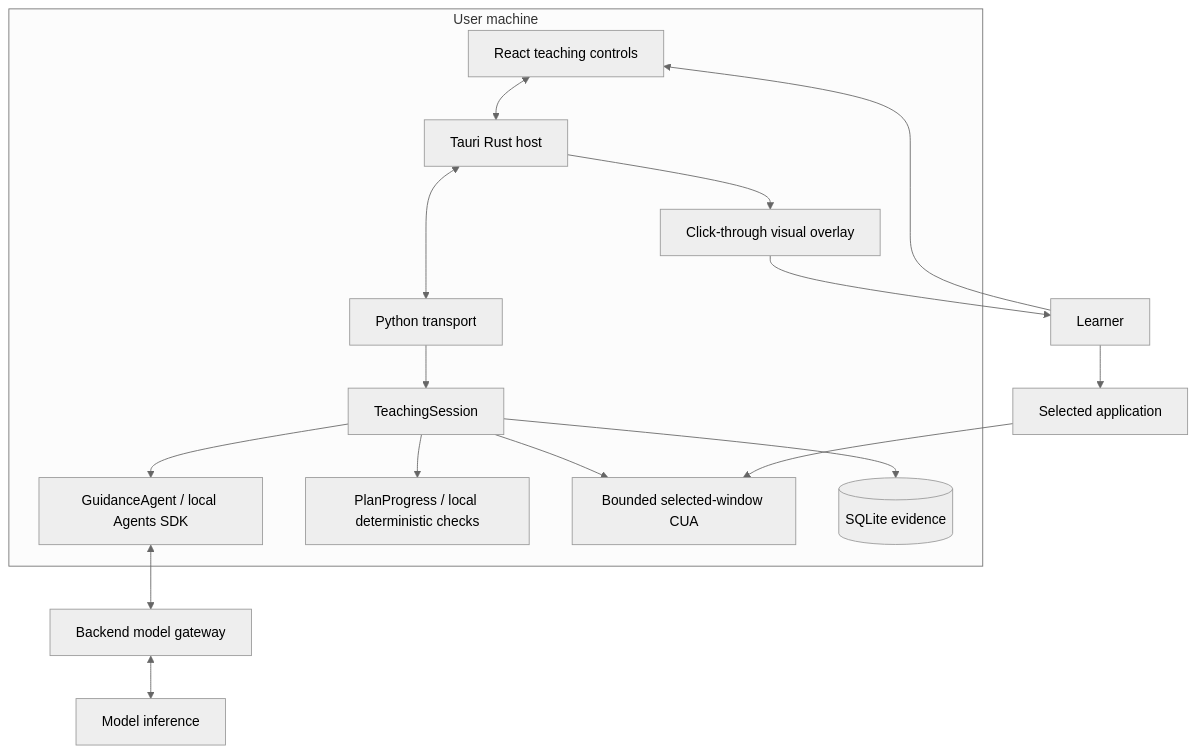
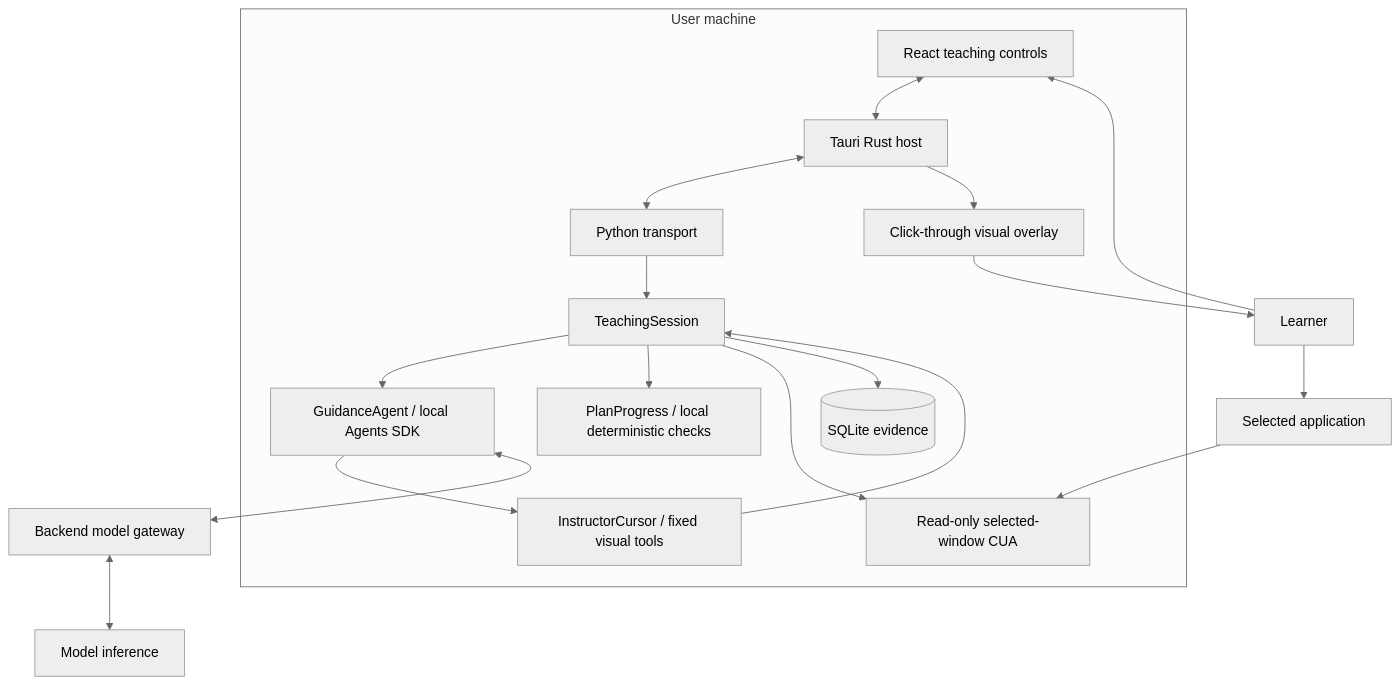
The diagram in docs/architecture/README.md (ducnguyen67201/TroCode-rebuild), drawn with Mermaid (neutral theme) before and after one commit. The commit also changed other lines of this file and 78 other files, not shown here.

Commit message:
feat: add observation-only instructor cursor

````diff
--- a/docs/architecture/README.md
+++ b/docs/architecture/README.md
@@ -19,28 +19,31 @@
 ```mermaid
 flowchart TB
   subgraph Device[User machine]
     UI[React teaching controls]
     Host[Tauri Rust host]
     Worker[Python transport]
     Session[TeachingSession]
     Planner[GuidanceAgent / local Agents SDK]
+    Cursor[InstructorCursor / fixed visual tools]
     Progress[PlanProgress / local deterministic checks]
-    CUA[Bounded selected-window CUA]
+    CUA[Read-only selected-window CUA]
     DB[(SQLite evidence)]
     Overlay[Click-through visual overlay]
     UI <--> Host
     Host <--> Worker
     Worker --> Session
     Session --> Planner
+    Planner --> Cursor
+    Cursor --> Session
     Session --> Progress
     Session --> CUA
     Session --> DB
     Host --> Overlay
   end
   Planner <--> Gateway[Backend model gateway]
   Gateway <--> Provider[Model inference]
   Learner[Learner] --> UI
   Overlay --> Learner
   Learner --> App[Selected application]
   App --> CUA
 ```
````
